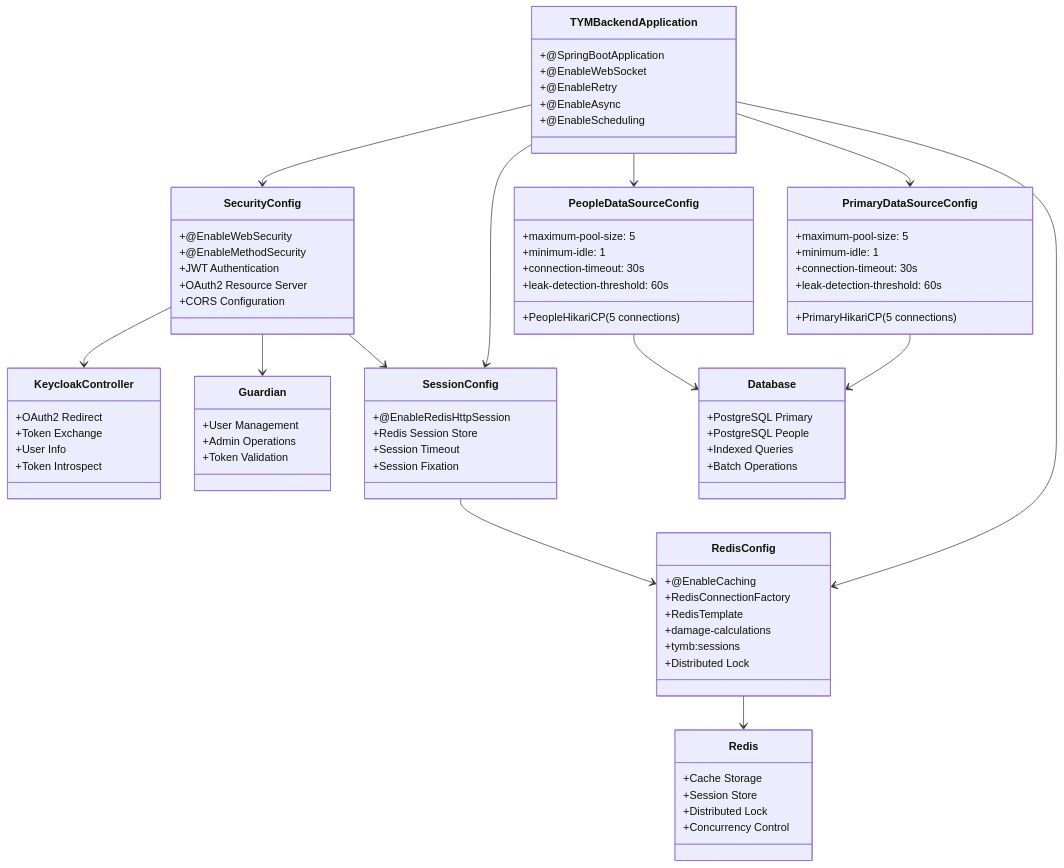
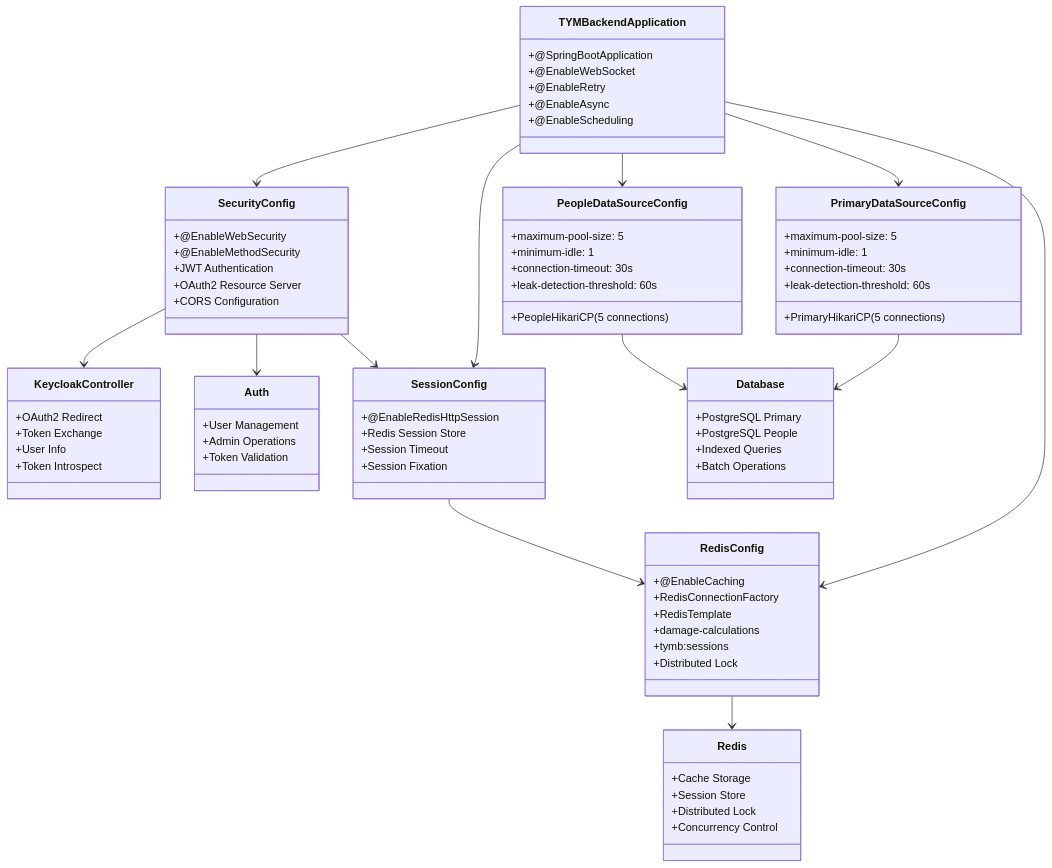
One commit to Vinskao/ty-multiverse-backend changed the first of 13 diagrams in README.md. Above: the diagram before and after it, drawn with Mermaid. The commit also changed 19 other files, not shown here.

First line of the commit message:
refactor: migrate from session-based auth to JWT + gRPC architecture

```diff
--- a/README.md
+++ b/README.md
@@ -245,7 +245,7 @@
         +Token Introspect
     }
     
-    class Guardian {
+    class Auth {
         +User Management
         +Admin Operations
         +Token Validation
@@ -307,7 +307,7 @@
     TYMBackendApplication --> SessionConfig
     
     SecurityConfig --> KeycloakController
-    SecurityConfig --> Guardian
+    SecurityConfig --> Auth
     SecurityConfig --> SessionConfig
     
     SessionConfig --> RedisConfig
```
